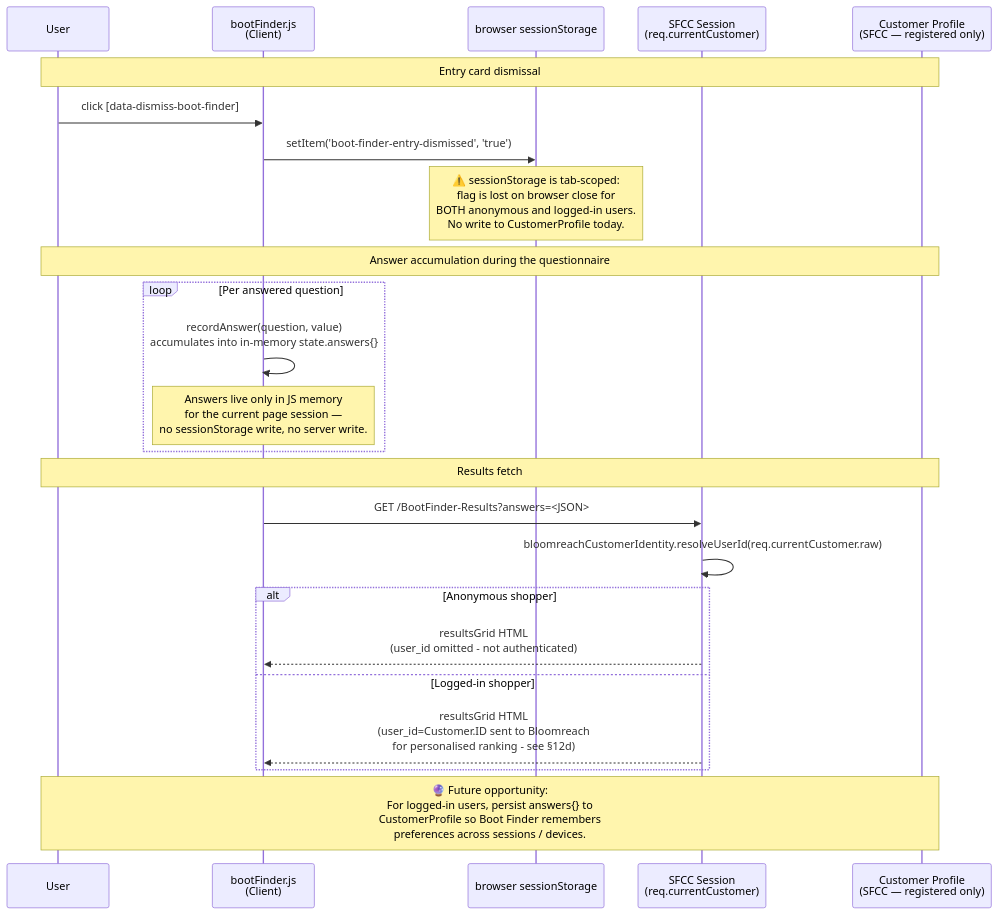
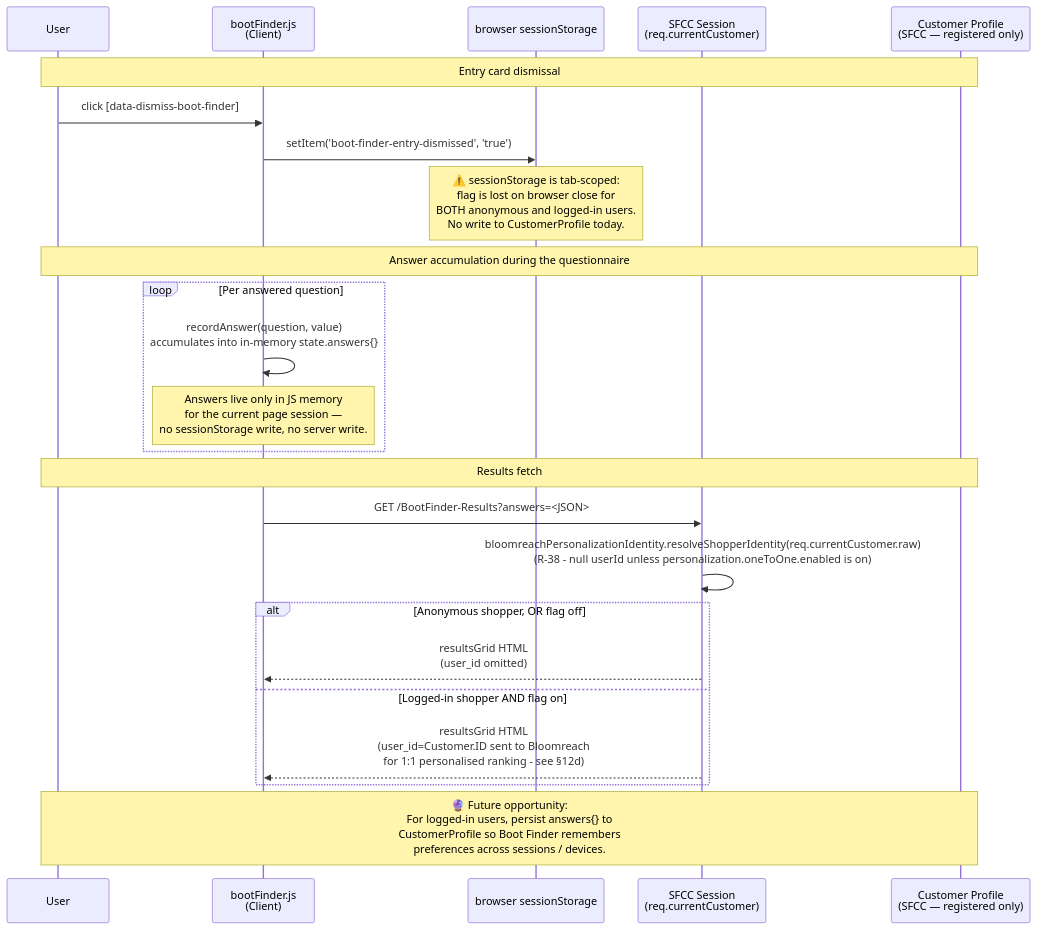
Before and after one commit to Pushparajan/bloomreach-sfra: diagram 15 of 17 in docs/sequence-diagrams.md, drawn with Mermaid. The commit also changed other lines of this file and 14 other files, not shown here.

````diff
--- a/docs/sequence-diagrams.md
+++ b/docs/sequence-diagrams.md
@@ -842,34 +850,34 @@
 ```mermaid
 sequenceDiagram
     participant User
     participant bootFinderJS as bootFinder.js<br/>(Client)
     participant sessionStorage as browser sessionStorage
     participant SFCCSession as SFCC Session<br/>(req.currentCustomer)
     participant CustomerProfile as Customer Profile<br/>(SFCC — registered only)
 
     Note over User,CustomerProfile: Entry card dismissal
 
     User->>bootFinderJS: click [data-dismiss-boot-finder]
     bootFinderJS->>sessionStorage: setItem('boot-finder-entry-dismissed', 'true')
     Note over sessionStorage: ⚠️ sessionStorage is tab-scoped:<br/>flag is lost on browser close for<br/>BOTH anonymous and logged-in users.<br/>No write to CustomerProfile today.
 
     Note over User,CustomerProfile: Answer accumulation during the questionnaire
 
     loop Per answered question
         bootFinderJS->>bootFinderJS: recordAnswer(question, value)<br/>accumulates into in-memory state.answers{}
         Note over bootFinderJS: Answers live only in JS memory<br/>for the current page session —<br/>no sessionStorage write, no server write.
     end
 
     Note over User,CustomerProfile: Results fetch
 
     bootFinderJS->>SFCCSession: GET /BootFinder-Results?answers=<JSON>
-    SFCCSession->>SFCCSession: bloomreachCustomerIdentity.resolveUserId(req.currentCustomer.raw)
+    SFCCSession->>SFCCSession: bloomreachPersonalizationIdentity.resolveShopperIdentity(req.currentCustomer.raw)<br/>(R-38 - null userId unless personalization.oneToOne.enabled is on)
 
-    alt Anonymous shopper
-        SFCCSession-->>bootFinderJS: resultsGrid HTML<br/>(user_id omitted - not authenticated)
-    else Logged-in shopper
-        SFCCSession-->>bootFinderJS: resultsGrid HTML<br/>(user_id=Customer.ID sent to Bloomreach<br/>for personalised ranking - see §12d)
+    alt Anonymous shopper, OR flag off
+        SFCCSession-->>bootFinderJS: resultsGrid HTML<br/>(user_id omitted)
+    else Logged-in shopper AND flag on
+        SFCCSession-->>bootFinderJS: resultsGrid HTML<br/>(user_id=Customer.ID sent to Bloomreach<br/>for 1:1 personalised ranking - see §12d)
     end
 
     Note over User,CustomerProfile: 🔮 Future opportunity:<br/>For logged-in users, persist answers{} to<br/>CustomerProfile so Boot Finder remembers<br/>preferences across sessions / devices.
 ```
````
